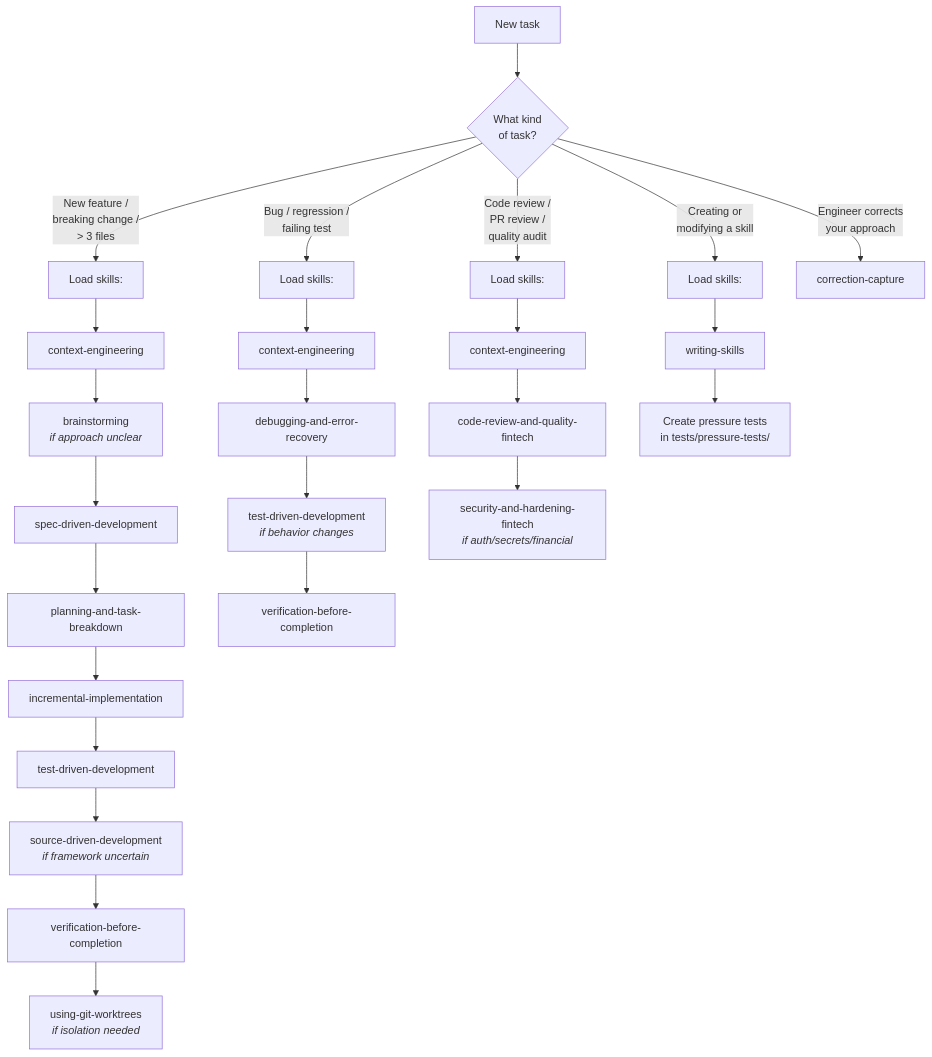
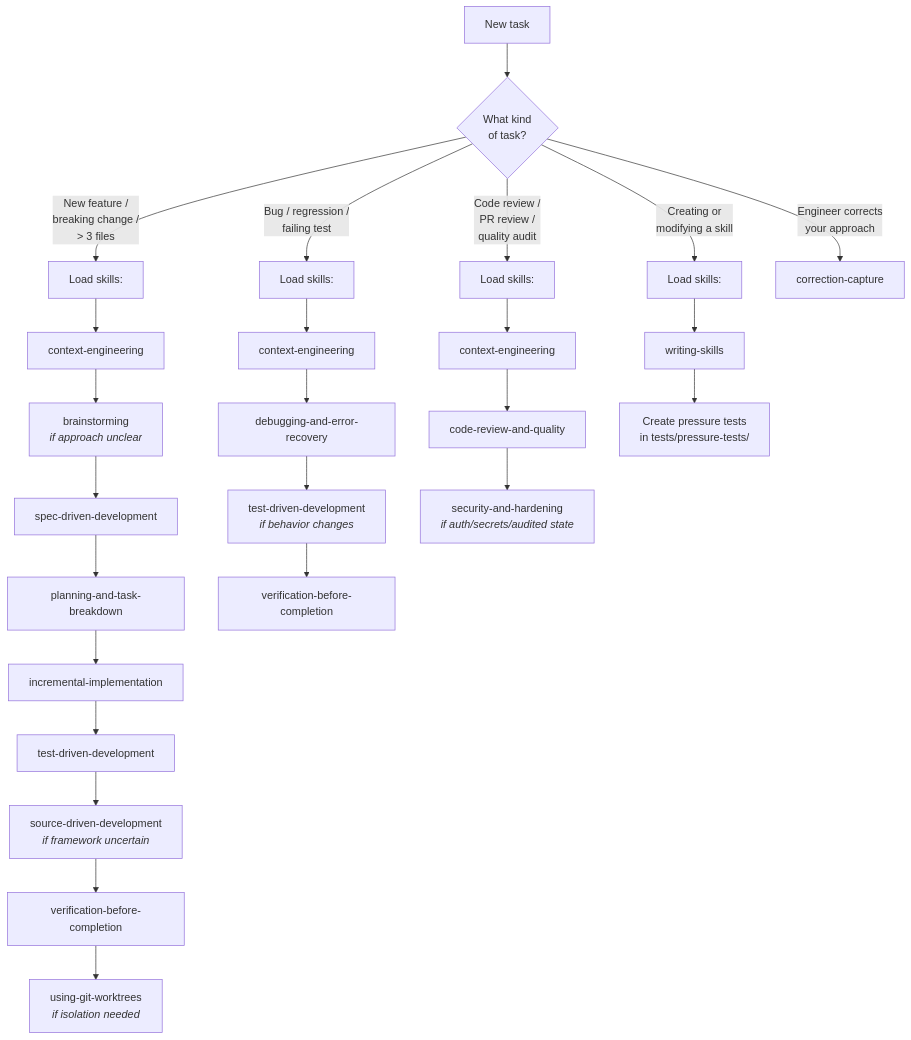
The first of 2 diagrams in AGENTS.md (moberghr/mtk-agent-toolkit), drawn with Mermaid before and after one commit. The commit also changed other lines of this file and 47 other files, not shown here.

````diff
--- a/AGENTS.md
+++ b/AGENTS.md
@@ -9,32 +9,32 @@
 ```mermaid
 flowchart TD
     START["New task"] --> Q1{"What kind<br/>of task?"}
 
     Q1 -- "New feature /<br/>breaking change /<br/>> 3 files" --> FEAT["Load skills:"]
     Q1 -- "Bug / regression /<br/>failing test" --> BUG["Load skills:"]
     Q1 -- "Code review /<br/>PR review /<br/>quality audit" --> REV["Load skills:"]
     Q1 -- "Creating or<br/>modifying a skill" --> SKILL["Load skills:"]
     Q1 -- "Engineer corrects<br/>your approach" --> CORR["correction-capture"]
 
     FEAT --> F1["context-engineering"]
     F1 --> F1b["brainstorming<br/><i>if approach unclear</i>"]
     F1b --> F2["spec-driven-development"]
     F2 --> F3["planning-and-task-breakdown"]
     F3 --> F4["incremental-implementation"]
     F4 --> F5["test-driven-development"]
     F5 --> F6["source-driven-development<br/><i>if framework uncertain</i>"]
     F6 --> F7["verification-before-completion"]
     F7 --> F8["using-git-worktrees<br/><i>if isolation needed</i>"]
 
     BUG --> B1["context-engineering"]
     B1 --> B2["debugging-and-error-recovery"]
     B2 --> B3["test-driven-development<br/><i>if behavior changes</i>"]
     B3 --> B4["verification-before-completion"]
 
     REV --> R1["context-engineering"]
-    R1 --> R2["code-review-and-quality-fintech"]
-    R2 --> R3["security-and-hardening-fintech<br/><i>if auth/secrets/financial</i>"]
+    R1 --> R2["code-review-and-quality"]
+    R2 --> R3["security-and-hardening<br/><i>if auth/secrets/audited state</i>"]
 
     SKILL --> S1["writing-skills"]
     S1 --> S2["Create pressure tests<br/>in tests/pressure-tests/"]
 ```
````
